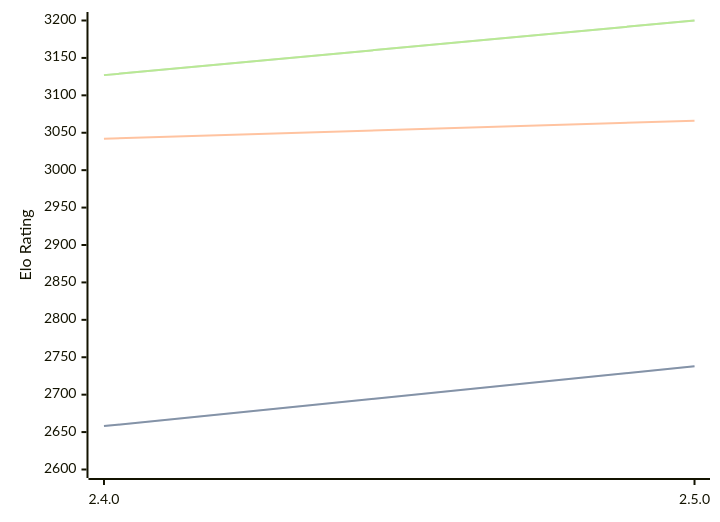
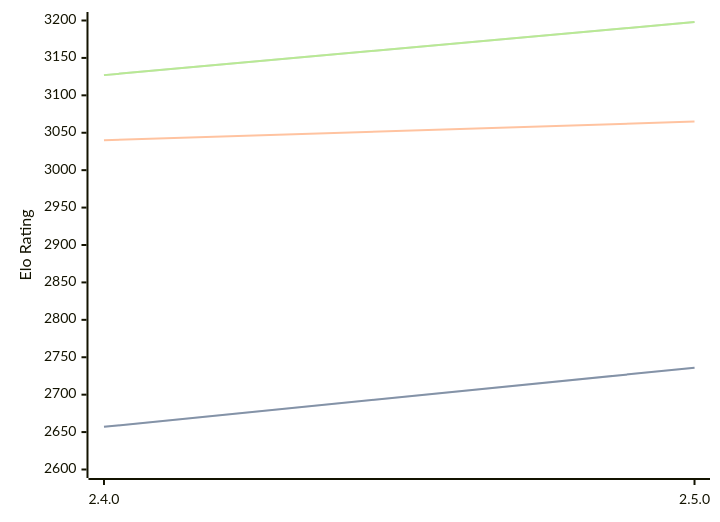
Before and after one commit to computer-chess-index/cci: the diagram in engines/Sturddle2.md, drawn with Mermaid. The commit also changed other lines of this file, not shown here.

Commit message:
Update CCI Ratings (ELO VLTC) - 2026-04-17

````diff
--- a/engines/Sturddle2.md
+++ b/engines/Sturddle2.md
@@ -37,11 +37,11 @@
 ```mermaid
 %%{init: {"theme":"base","themeVariables":{"seriesColors:['#a3a3a3','#222221','#faa371']}}}%%
 xychart-beta
   x-axis ["2.4.0", "2.5.0"]
   y-axis "Elo Rating" 2600 --> 3200
-  line "STC (8.0+0.08s)" [2658, 2738]
-  line "STC (8.0+0.08s)" [2658, 2738]
-  line "LTC (60.0+0.60s)" [3042, 3066]
-  line "VLTC (2m24s+1.12s)" [3127, 3200]
-  line "VLTC (2m24s+1.12s)" [3127, 3200]
+  line "STC (8.0+0.08s)" [2657, 2736]
+  line "STC (8.0+0.08s)" [2657, 2736]
+  line "LTC (60.0+0.60s)" [3040, 3065]
+  line "VLTC (2m24s+1.12s)" [3127, 3198]
+  line "VLTC (2m24s+1.12s)" [3127, 3198]
 ```
````
